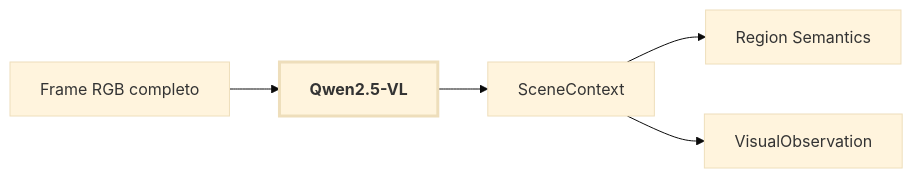
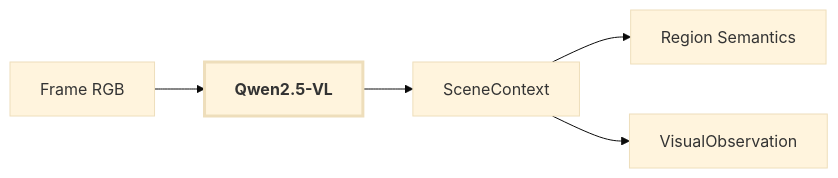
The diagram in docs/08-scene-context.md (Alexandre-Tortoza/contextual-3d-mapping), drawn with Mermaid (base theme) before and after one commit. The commit also changed other lines of this file, not shown here.

````diff
--- a/docs/08-scene-context.md
+++ b/docs/08-scene-context.md
@@ -5,8 +5,8 @@
 ```mermaid
 flowchart LR
-    A["Frame RGB completo"] --> B["Qwen2.5-VL"]:::current
+    A["Frame RGB"] --> B["Qwen2.5-VL"]:::current
     B --> C["SceneContext"]
     C --> D["Region Semantics"]
     C --> E["VisualObservation"]
     classDef current stroke-width:3px,font-weight:bold;
 ```
````
